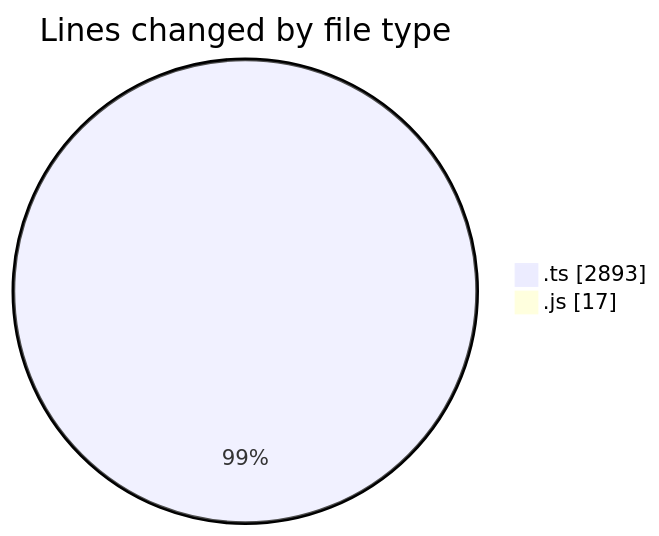
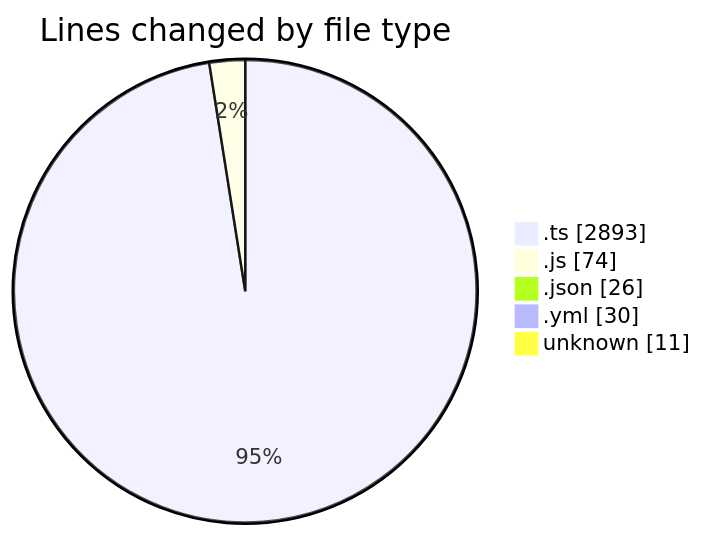
The first of 2 diagrams in 2026-02-07/singularitybrainai/README.md (tmsrecording-cyber/code-tracking), drawn with Mermaid before and after one commit. The commit also changed other lines of this file and 1 other file, not shown here.

````diff
--- a/2026-02-07/singularitybrainai/README.md
+++ b/2026-02-07/singularitybrainai/README.md
@@ -29,6 +33,9 @@
 ```mermaid
 pie showData
 title Lines changed by file type
 ".ts" : 2893
-".js" : 17
+".js" : 74
+".json" : 26
+".yml" : 30
+"unknown" : 11
 ```
````
